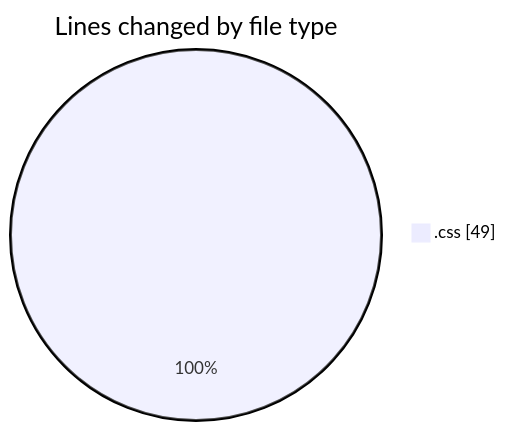
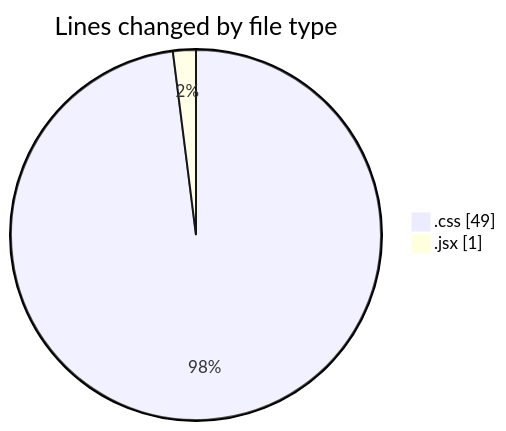
Before and after one commit to Elitesun/code-tracking: the first of 2 diagrams in 2025-01-31/react/README.md, drawn with Mermaid. The commit also changed other lines of this file and 1 other file, not shown here.

````diff
--- a/2025-01-31/react/README.md
+++ b/2025-01-31/react/README.md
@@ -20,5 +21,6 @@
 ```mermaid
 pie showData
 title Lines changed by file type
 ".css" : 49
+".jsx" : 1
 ```
````
